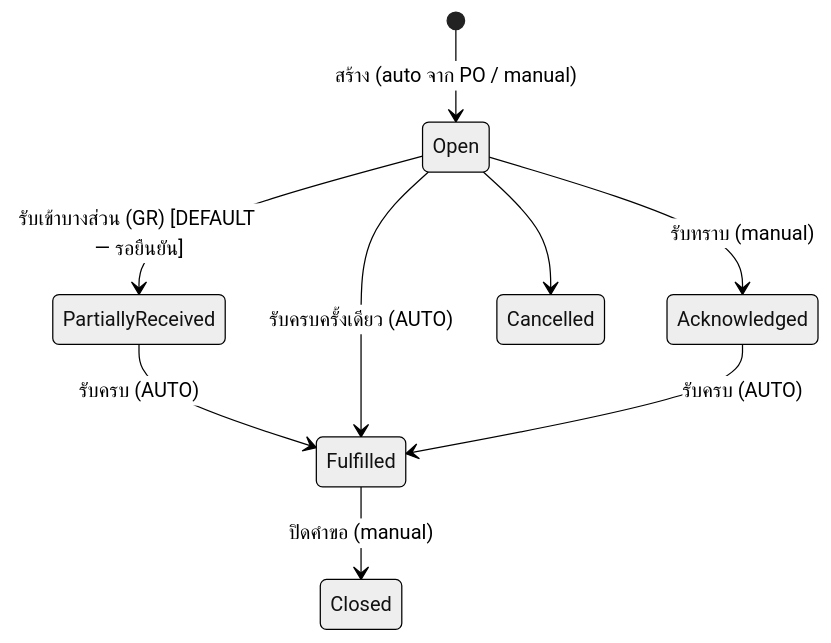
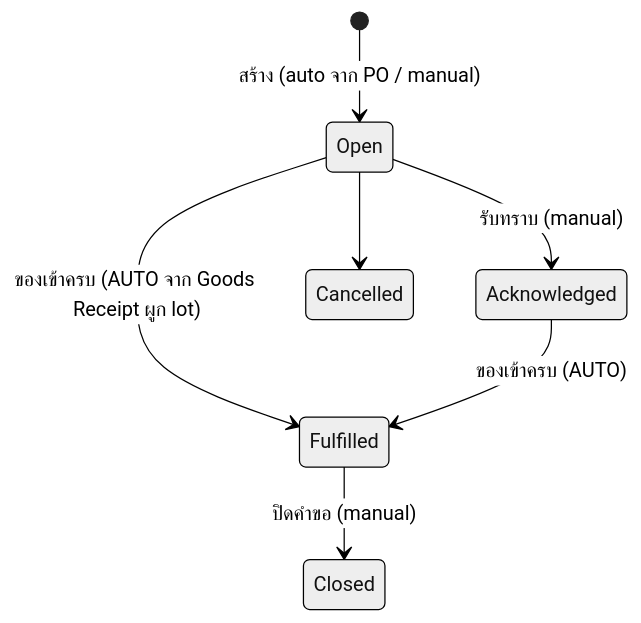
Before and after one commit to sitthi-phat/erp-cosmetics-manufacturing-module: the sixth of 7 diagrams in docs/requirements/erp-v2-ui-first/status-journeys.md, drawn with Mermaid (neutral theme). The commit also changed other lines of this file and 16 other files, not shown here.

````diff
--- a/docs/requirements/erp-v2-ui-first/status-journeys.md
+++ b/docs/requirements/erp-v2-ui-first/status-journeys.md
@@ -168,11 +160,9 @@
 ```mermaid
 stateDiagram-v2
     [*] --> Open: สร้าง (auto จาก PO / manual)
     Open --> Acknowledged: รับทราบ (manual)
-    Open --> PartiallyReceived: รับเข้าบางส่วน (GR) [DEFAULT — รอยืนยัน]
-    PartiallyReceived --> Fulfilled: รับครบ (AUTO)
-    Open --> Fulfilled: รับครบครั้งเดียว (AUTO)
-    Acknowledged --> Fulfilled: รับครบ (AUTO)
+    Open --> Fulfilled: ของเข้าครบ (AUTO จาก Goods Receipt ผูก lot)
+    Acknowledged --> Fulfilled: ของเข้าครบ (AUTO)
     Fulfilled --> Closed: ปิดคำขอ (manual)
     Open --> Cancelled
 ```
````
